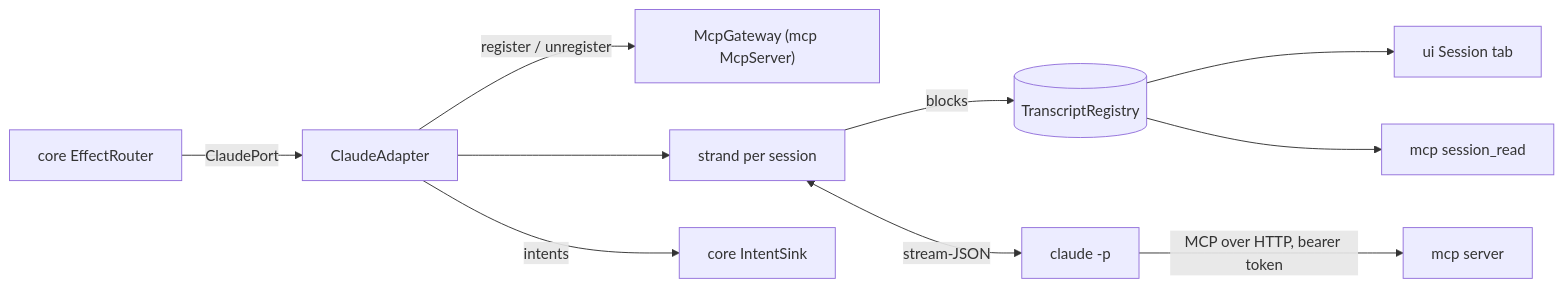
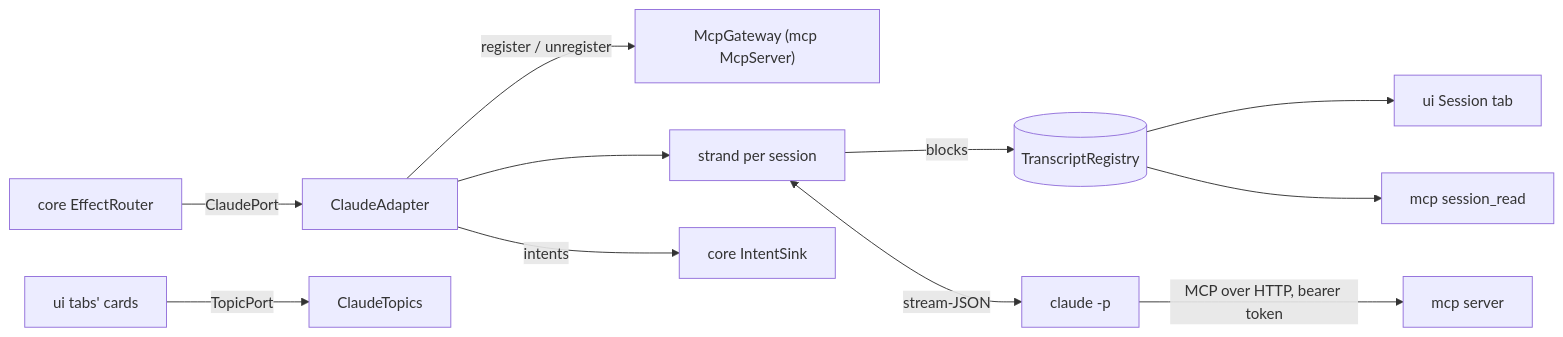
Before and after one commit to marregui/comando: the diagram in claude/README.md, drawn with Mermaid. The commit also changed other lines of this file and 138 other files, not shown here.

````diff
--- a/claude/README.md
+++ b/claude/README.md
@@ -46,12 +57,13 @@
 ```mermaid
 flowchart LR
   ER["core EffectRouter"] -->|"ClaudePort"| CA["ClaudeAdapter"]
   CA -->|"register / unregister"| GW["McpGateway (mcp McpServer)"]
   CA --> ST["strand per session"]
   ST -->|"blocks"| TR[("TranscriptRegistry")]
   ST <-->|"stream-JSON"| CLI["claude -p"]
   CLI -->|"MCP over HTTP, bearer token"| MCP["mcp server"]
   CA -->|"intents"| SINK["core IntentSink"]
   TR --> UI["ui Session tab"]
   TR --> SR["mcp session_read"]
+  UIT["ui tabs' cards"] -->|"TopicPort"| TOP["ClaudeTopics"]
 ```
````
